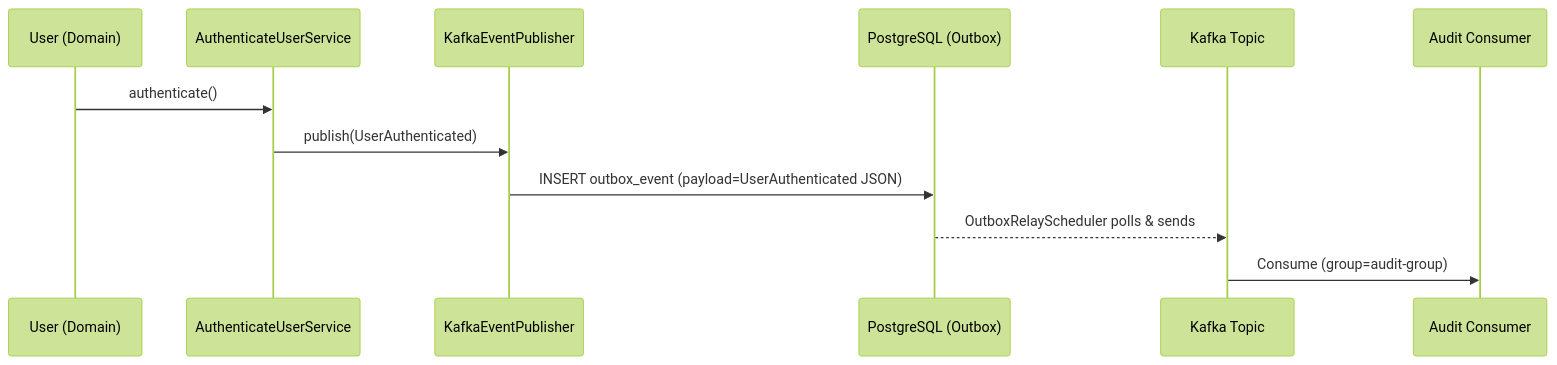
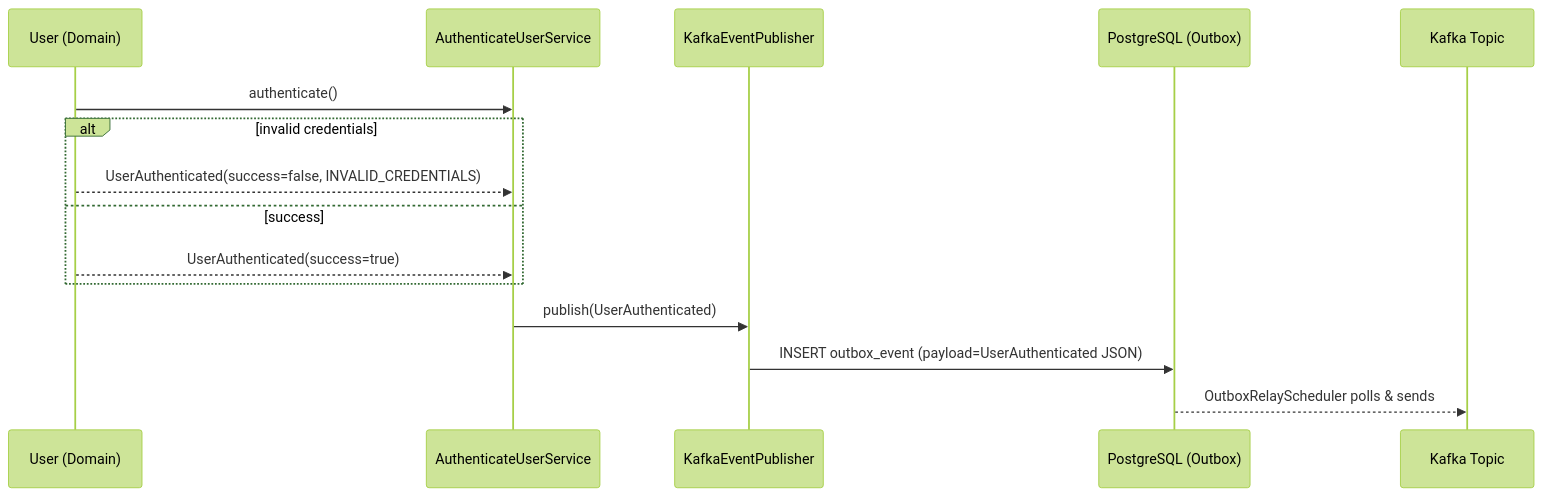
Before and after one commit to AlexAlvarezGallardo-GitHub/Aegis: the second of 2 diagrams in docs/obsidian/03 - Domain Events/UserAuthenticated.md, drawn with Mermaid (forest theme). The commit also changed other lines of this file and 87 other files, not shown here.

````diff
--- a/docs/obsidian/03 - Domain Events/UserAuthenticated.md
+++ b/docs/obsidian/03 - Domain Events/UserAuthenticated.md
@@ -23,15 +21,18 @@
 ```mermaid
 sequenceDiagram
     participant User as User (Domain)
     participant Svc as AuthenticateUserService
     participant Pub as KafkaEventPublisher
     participant DB as PostgreSQL (Outbox)
     participant Kafka as Kafka Topic
-    participant Audit as Audit Consumer
 
     User->>Svc: authenticate()
+    alt invalid credentials
+        User-->>Svc: UserAuthenticated(success=false, INVALID_CREDENTIALS)
+    else success
+        User-->>Svc: UserAuthenticated(success=true)
+    end
     Svc->>Pub: publish(UserAuthenticated)
     Pub->>DB: INSERT outbox_event (payload=UserAuthenticated JSON)
     DB-->>Kafka: OutboxRelayScheduler polls & sends
-    Kafka->>Audit: Consume (group=audit-group)
 ```
````
